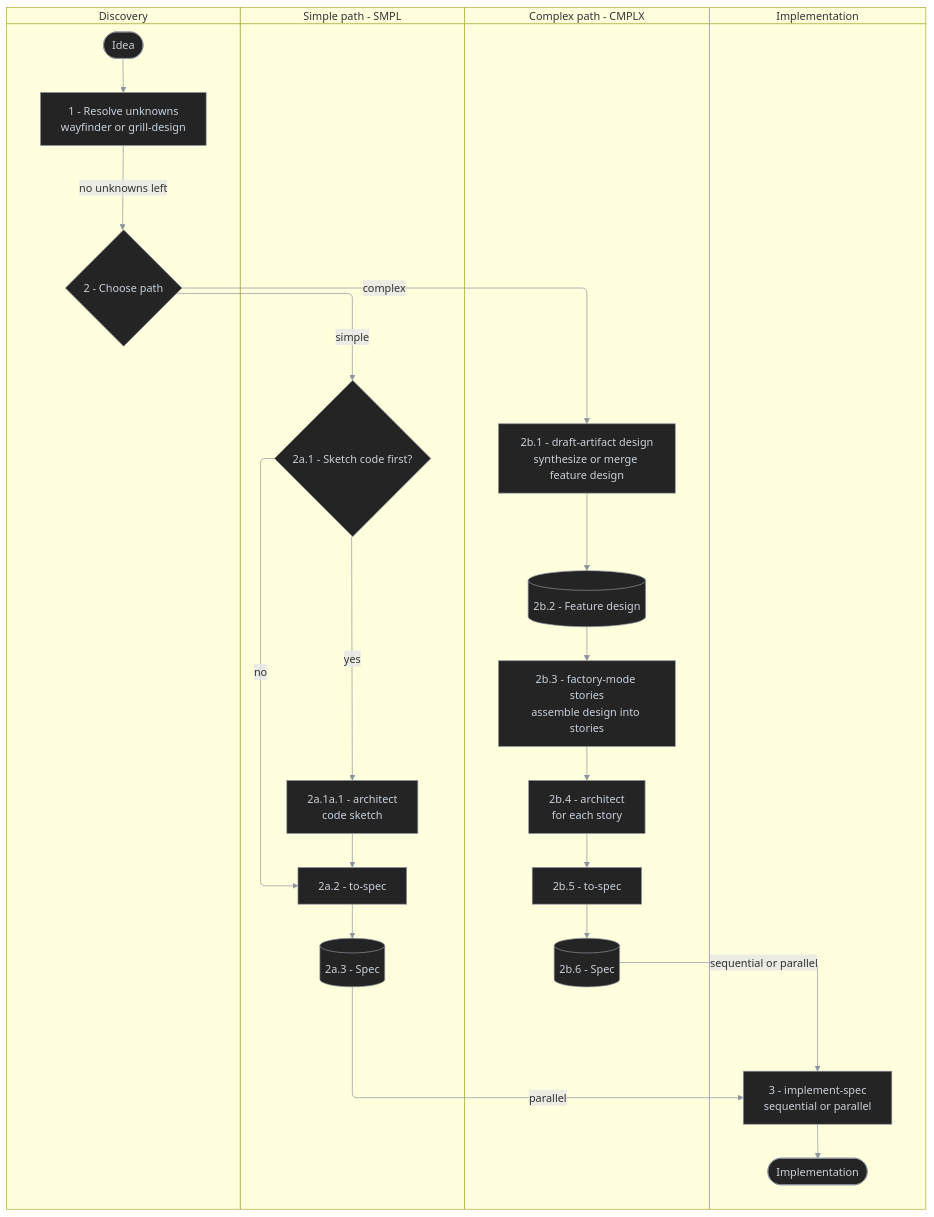
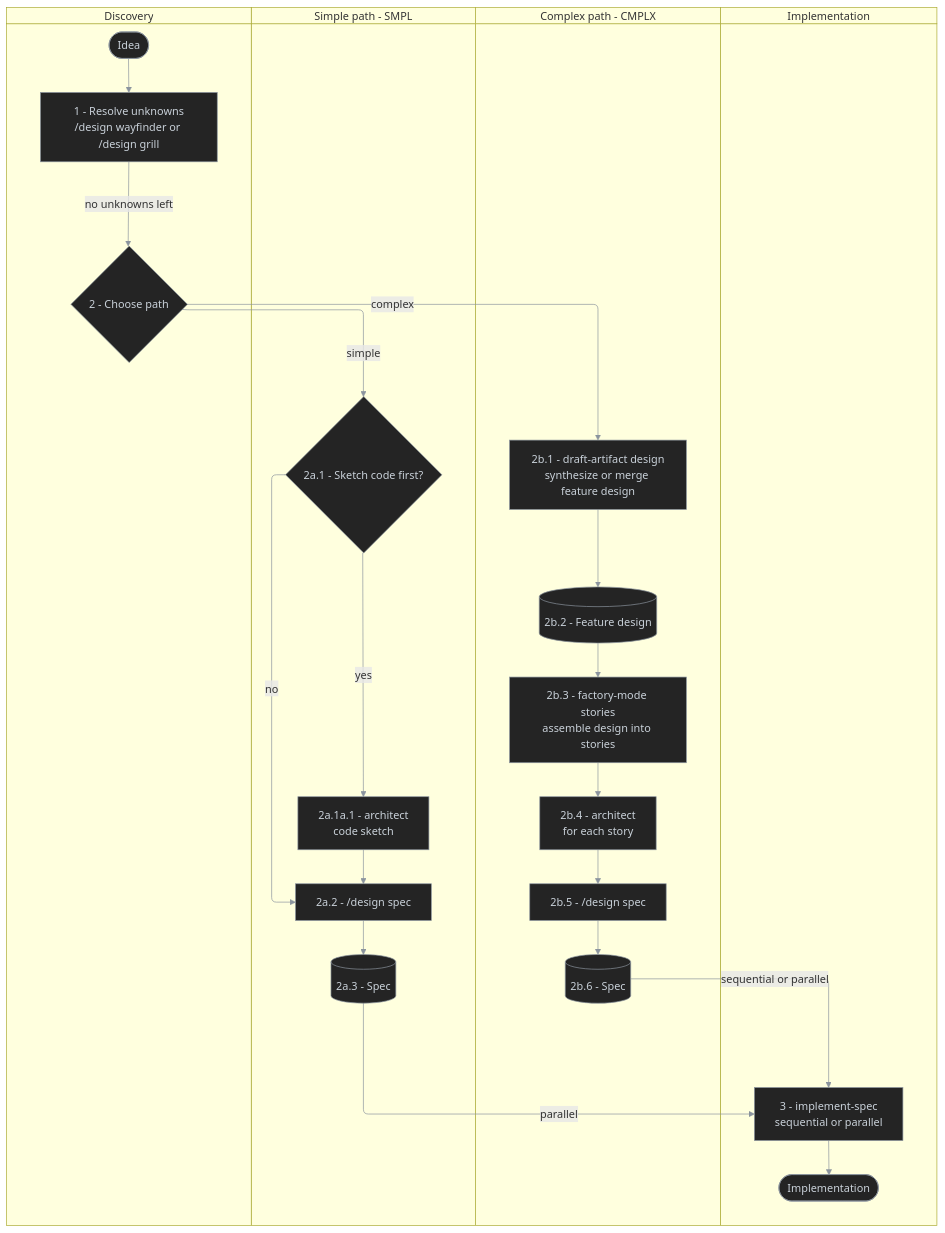
Before and after one commit to antshc/brain: the first of 4 diagrams in plugins/wf/README.md, drawn with Mermaid. The commit also changed other lines of this file and 48 other files, not shown here.

````diff
--- a/plugins/wf/README.md
+++ b/plugins/wf/README.md
@@ -28,44 +28,44 @@
 ```mermaid
 %%{init: {'themeVariables': {'lineColor': '#8b949e'}}}%%
 %% diagram-id: wf-idea-to-implementation-swimlane
 swimlane-beta TB
   accTitle: Idea to implementation responsibility
   accDescr: Shows discovery choosing a simple or complex path, each producing a spec that implement-spec turns into an implementation.
 
   subgraph discovery [Discovery]
     idea([Idea])
-    resolve[1 - Resolve unknowns<br/>wayfinder or grill-design]
+    resolve[1 - Resolve unknowns<br/>/design wayfinder or /design grill]
     choosePath{2 - Choose path}
   end
 
   subgraph simple [Simple path - SMPL]
     sketchFirst{2a.1 - Sketch code first?}
     smplArchitect[2a.1a.1 - architect<br/>code sketch]
-    smplToSpec[2a.2 - to-spec]
+    smplToSpec[2a.2 - /design spec]
     smplSpec[(2a.3 - Spec)]
   end
 
   subgraph complex [Complex path - CMPLX]
     toZdesign[2b.1 - draft-artifact design<br/>synthesize or merge feature design]
     design[(2b.2 - Feature design)]
     toStories[2b.3 - factory-mode stories<br/>assemble design into stories]
     cmplxArchitect[2b.4 - architect<br/>for each story]
-    cmplxToSpec[2b.5 - to-spec]
+    cmplxToSpec[2b.5 - /design spec]
     cmplxSpec[(2b.6 - Spec)]
   end
 
   subgraph implementation [Implementation]
     implementSpec[3 - implement-spec<br/>sequential or parallel]
     done([Implementation])
   end
 
   idea --> resolve -->|no unknowns left| choosePath
   choosePath -->|simple| sketchFirst
   sketchFirst -->|no| smplToSpec
   sketchFirst -->|yes| smplArchitect --> smplToSpec
   smplToSpec --> smplSpec -->|parallel| implementSpec
   choosePath -->|complex| toZdesign --> design --> toStories --> cmplxArchitect --> cmplxToSpec --> cmplxSpec -->|sequential or parallel| implementSpec
   implementSpec --> done
 
   classDef default fill:#242424,stroke:#8b949e,color:#c9d1d9,stroke-width:1px
 ```
````
